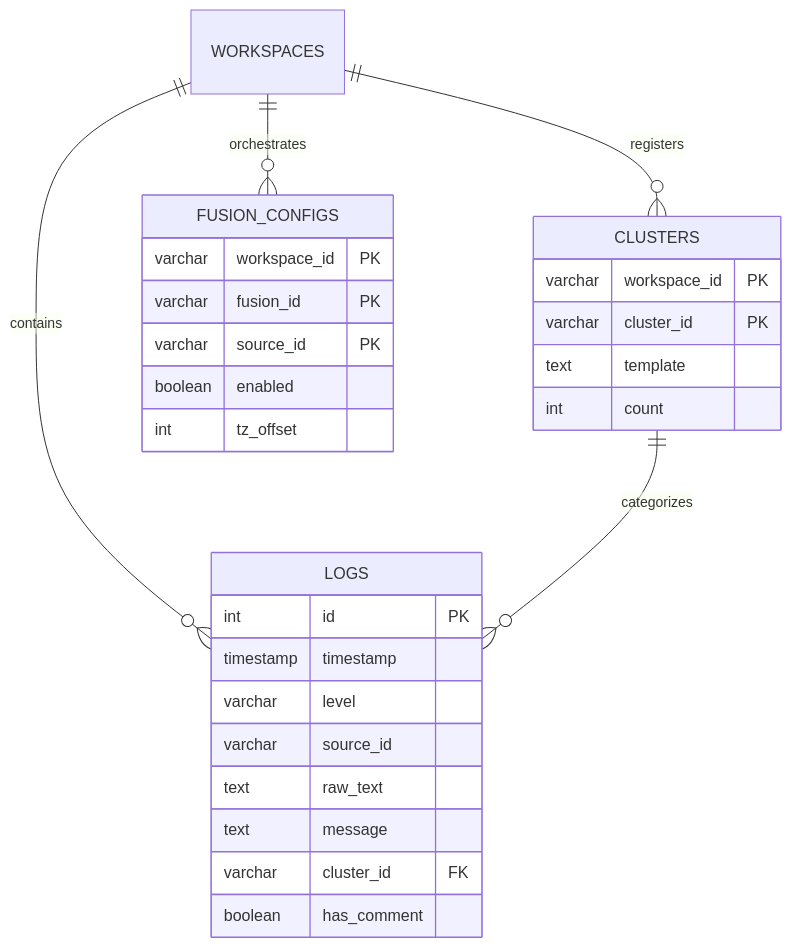
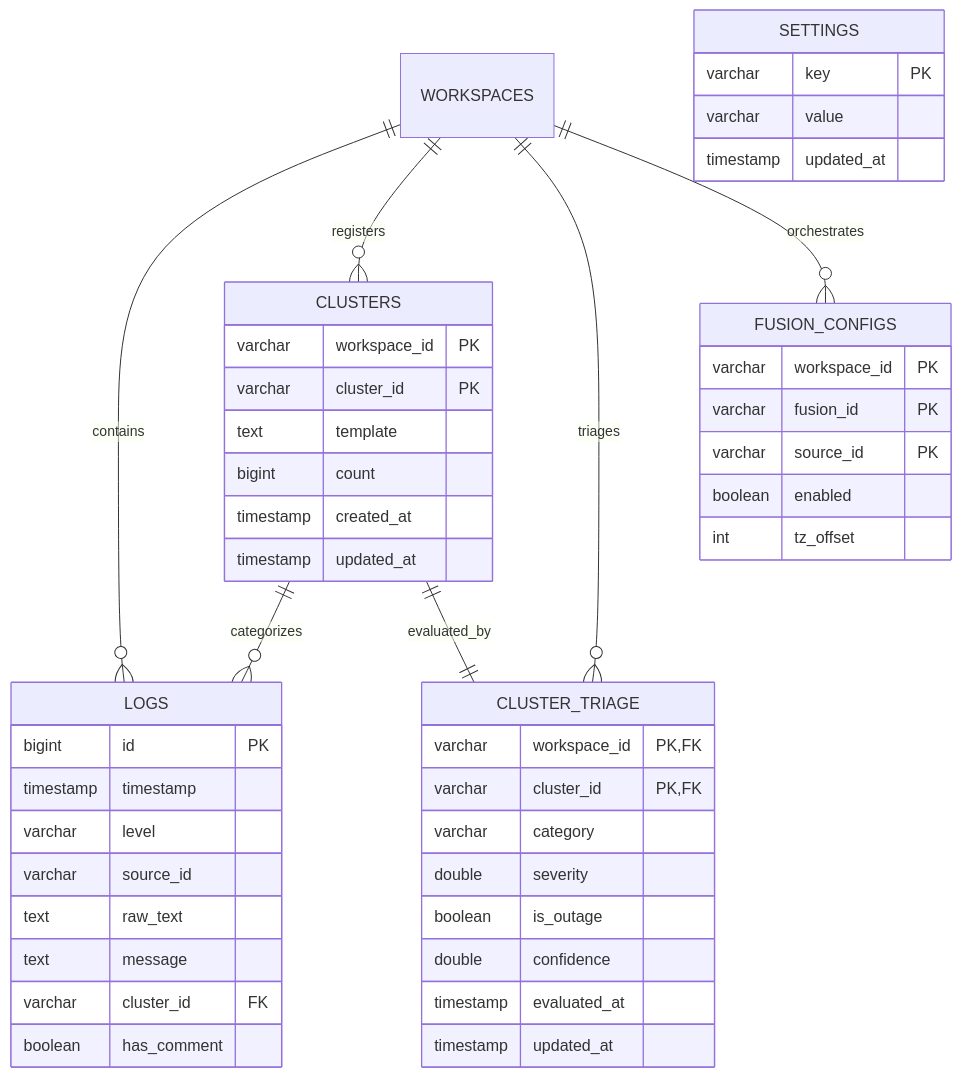
The third of 5 diagrams in docs/architecture/diagrams.md (serguei9090/LogLensAi), drawn with Mermaid before and after one commit. The commit also changed other lines of this file and 3 other files, not shown here.

Commit message:
docs: update README, interaction map, and architecture diagrams with React-Go stack and Laya System 1

````diff
--- a/docs/architecture/diagrams.md
+++ b/docs/architecture/diagrams.md
@@ -40,33 +111,54 @@
 ```mermaid
 erDiagram
   WORKSPACES ||--o{ LOGS : contains
   WORKSPACES ||--o{ CLUSTERS : registers
+  WORKSPACES ||--o{ CLUSTER_TRIAGE : triages
   WORKSPACES ||--o{ FUSION_CONFIGS : orchestrates
   CLUSTERS ||--o{ LOGS : categorizes
-  
+  CLUSTERS ||--|| CLUSTER_TRIAGE : evaluated_by
+
   LOGS {
-    int id PK
+    bigint id PK
     timestamp timestamp
     varchar level
     varchar source_id
     text raw_text
     text message
     varchar cluster_id FK
     boolean has_comment
   }
-  
+
   CLUSTERS {
     varchar workspace_id PK
     varchar cluster_id PK
     text template
-    int count
+    bigint count
+    timestamp created_at
+    timestamp updated_at
+  }
+
+  CLUSTER_TRIAGE {
+    varchar workspace_id PK, FK
+    varchar cluster_id PK, FK
+    varchar category
+    double severity
+    boolean is_outage
+    double confidence
+    timestamp evaluated_at
+    timestamp updated_at
   }
 
   FUSION_CONFIGS {
     varchar workspace_id PK
     varchar fusion_id PK
     varchar source_id PK
     boolean enabled
     int tz_offset
   }
+
+  SETTINGS {
+    varchar key PK
+    varchar value
+    timestamp updated_at
+  }
 ```
````
